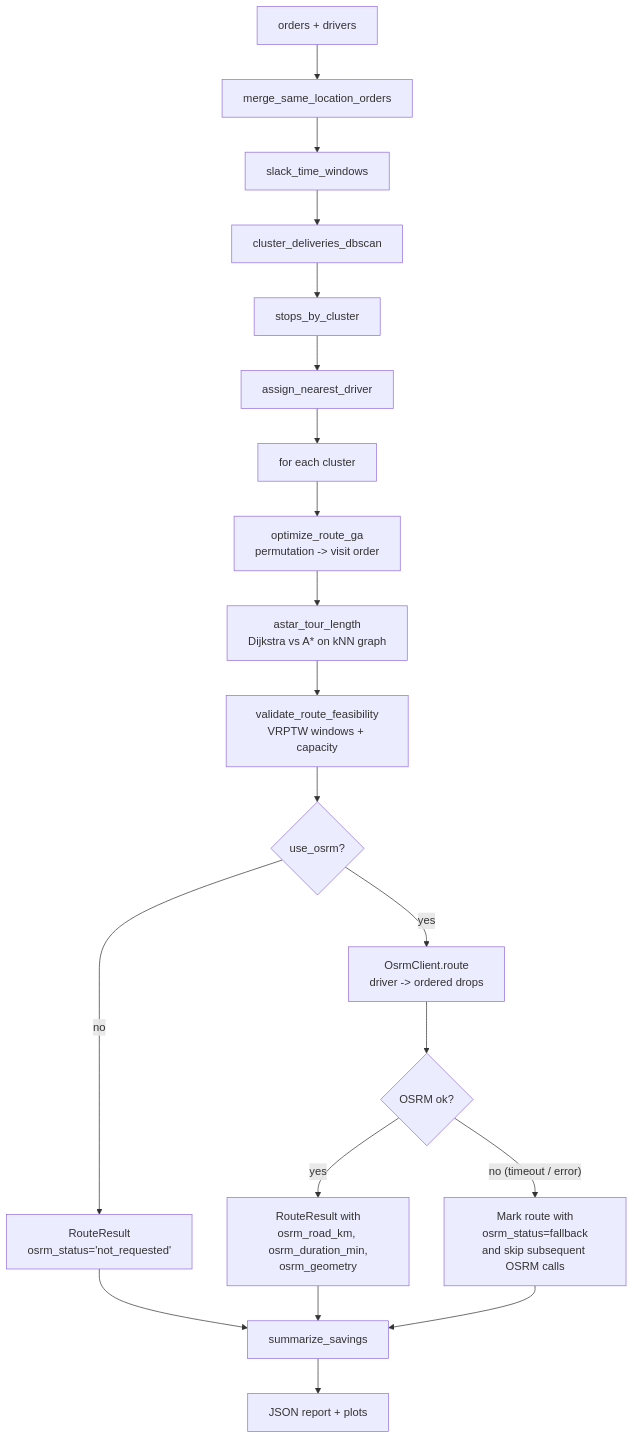
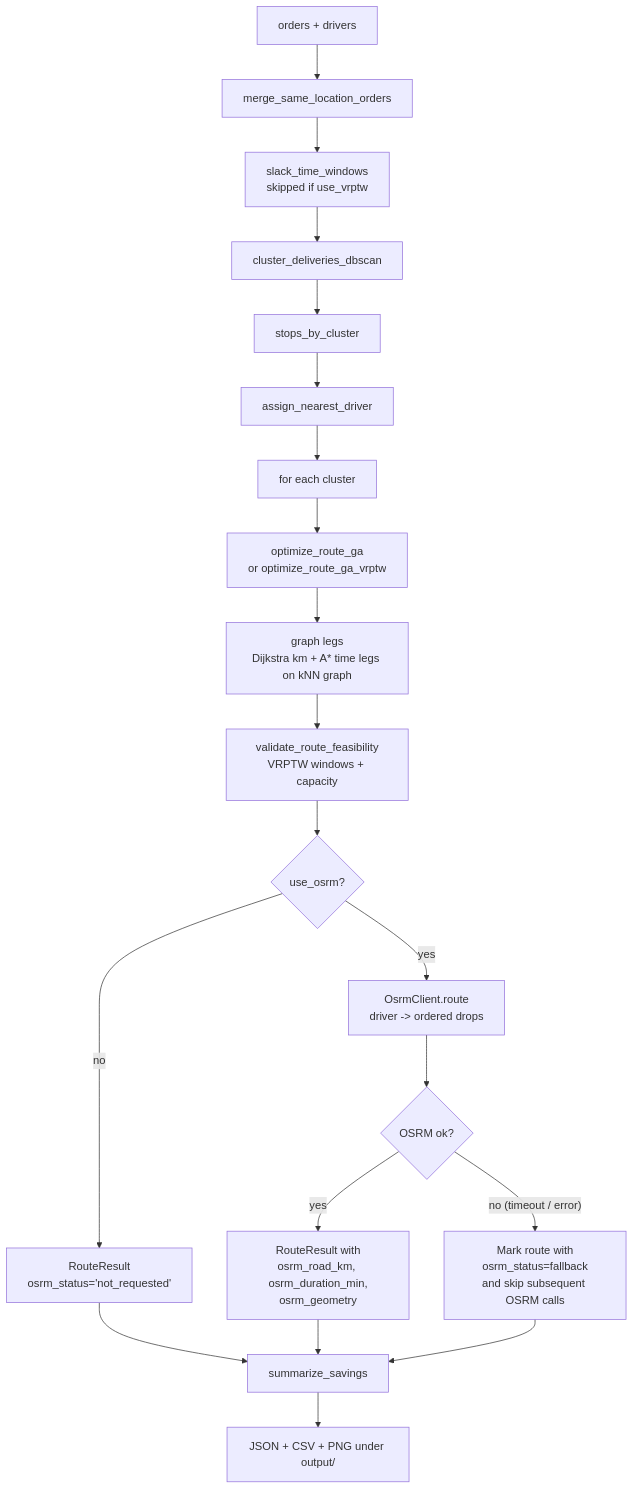
One commit to Chitranjali3/LAST_MILE_DISSERTATION changed the second of 7 diagrams in README.md. Above: the diagram before and after it, drawn with Mermaid. The commit also changed other lines of this file and 1 other file, not shown here.

````diff
--- a/README.md
+++ b/README.md
@@ -97,22 +224,22 @@
 ```mermaid
 flowchart TD
     A[orders + drivers] --> B[merge_same_location_orders]
-    B --> C[slack_time_windows]
+    B --> C[slack_time_windows<br/>skipped if use_vrptw]
     C --> D[cluster_deliveries_dbscan]
     D --> E[stops_by_cluster]
     E --> F[assign_nearest_driver]
     F --> G[for each cluster]
-    G --> H[optimize_route_ga<br/>permutation -> visit order]
-    H --> I[astar_tour_length<br/>Dijkstra vs A* on kNN graph]
+    G --> H[optimize_route_ga<br/>or optimize_route_ga_vrptw]
+    H --> I[graph legs<br/>Dijkstra km + A* time legs on kNN graph]
     I --> J[validate_route_feasibility<br/>VRPTW windows + capacity]
     J --> K{use_osrm?}
     K -- "no" --> L[RouteResult<br/>osrm_status='not_requested']
     K -- "yes" --> M[OsrmClient.route<br/>driver -> ordered drops]
     M --> N{OSRM ok?}
     N -- "yes" --> O[RouteResult with<br/>osrm_road_km, osrm_duration_min,<br/>osrm_geometry]
     N -- "no (timeout / error)" --> P[Mark route with<br/>osrm_status=fallback<br/>and skip subsequent OSRM calls]
     L --> Q[summarize_savings]
     O --> Q
     P --> Q
-    Q --> R[JSON report + plots]
+    Q --> R[JSON + CSV + PNG under output/]
 ```
````
